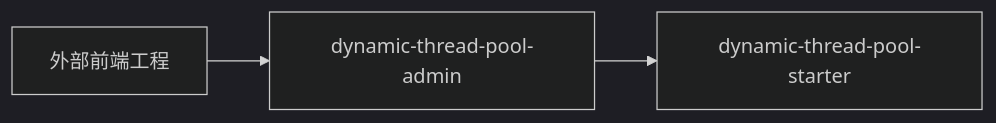
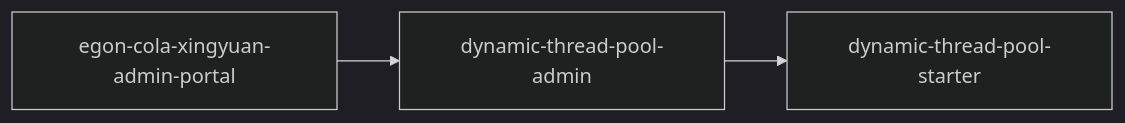
Before and after one commit to AllenDEricDAlexander/Egon-COLA: the second of 3 diagrams in egon-cola-components/egon-cola-components-architecture.md, drawn with Mermaid (dark theme). The commit also changed other lines of this file, not shown here.

````diff
--- a/egon-cola-components/egon-cola-components-architecture.md
+++ b/egon-cola-components/egon-cola-components-architecture.md
@@ -830,5 +910,5 @@
 ```mermaid
 graph LR
-    UI[外部前端工程] --> TP[dynamic-thread-pool-admin]
+    UI[egon-cola-xingyuan-admin-portal] --> TP[dynamic-thread-pool-admin]
     TP --> TPs[dynamic-thread-pool-starter]
 ```
````
